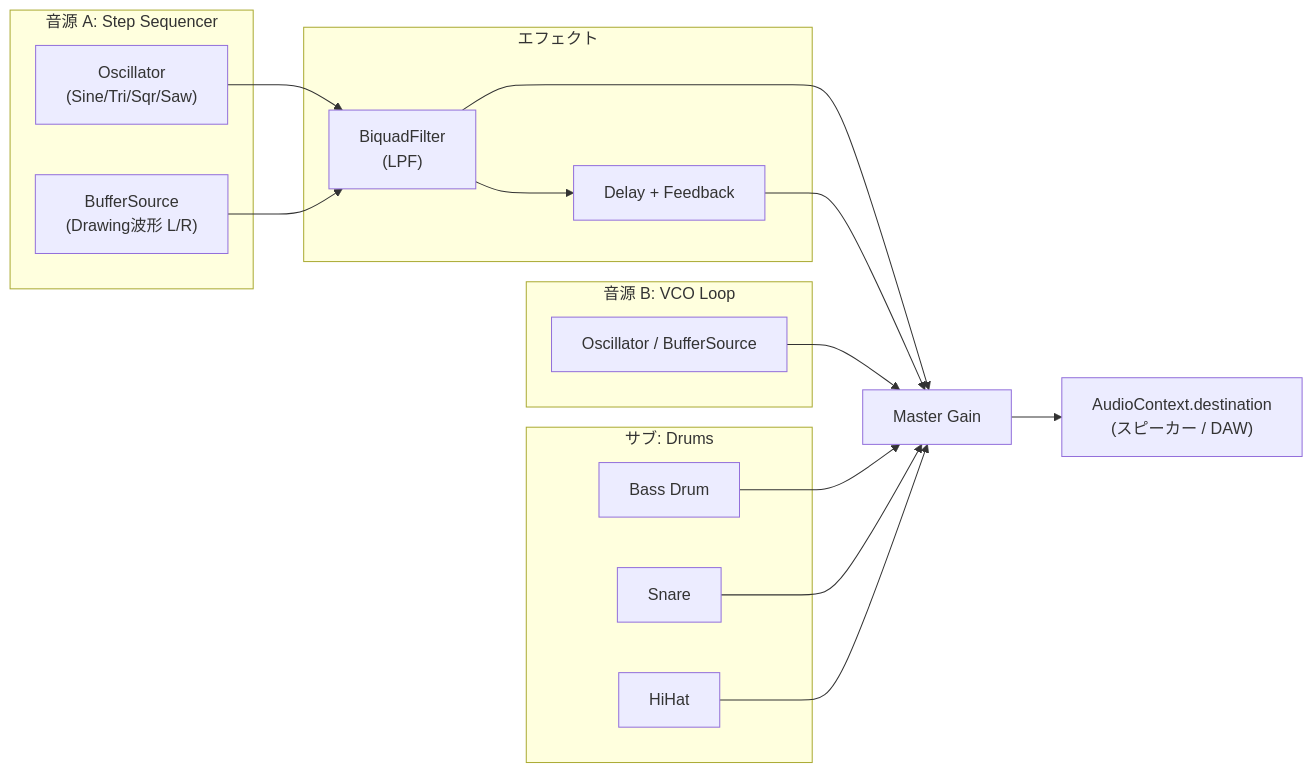
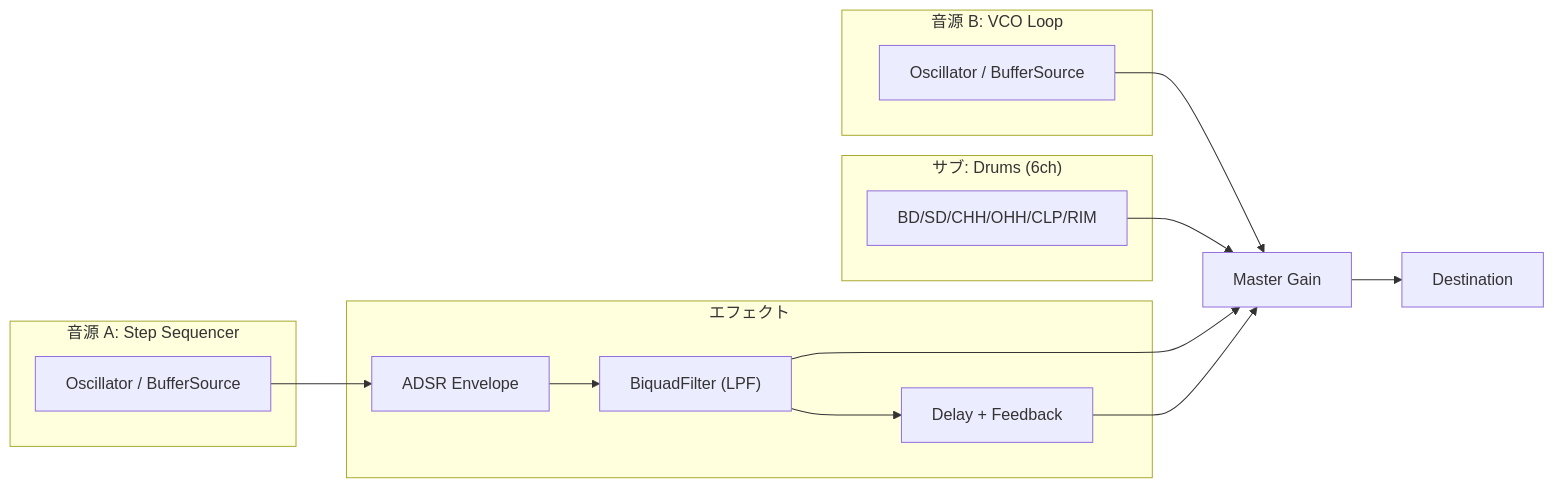
Before and after one commit to na-gasena/DrawingLissajousOscilloscopicSynthesizer-II-DLOSy-II: the second of 2 diagrams in Doc/architecture.md, drawn with Mermaid. The commit also changed other lines of this file and 9 other files, not shown here.

````diff
--- a/Doc/architecture.md
+++ b/Doc/architecture.md
@@ -95,38 +108,31 @@
 ```mermaid
 graph LR
     subgraph "音源 A: Step Sequencer"
-        OSC_A["Oscillator<br/>(Sine/Tri/Sqr/Saw)"]
-        BUF_A["BufferSource<br/>(Drawing波形 L/R)"]
+        OSC_A["Oscillator / BufferSource"]
     end
 
     subgraph "音源 B: VCO Loop"
         OSC_B["Oscillator / BufferSource"]
     end
 
-    subgraph "サブ: Drums"
-        BD["Bass Drum"]
-        SD["Snare"]
-        HH["HiHat"]
+    subgraph "サブ: Drums (6ch)"
+        DRUMS["BD/SD/CHH/OHH/CLP/RIM"]
     end
 
     subgraph "エフェクト"
-        FLT["BiquadFilter<br/>(LPF)"]
+        ADSR_ENV["ADSR Envelope"]
+        FLT["BiquadFilter (LPF)"]
         DLY["Delay + Feedback"]
     end
 
     MASTER["Master Gain"]
-    OUT["AudioContext.destination<br/>(スピーカー / DAW)"]
+    OUT["Destination"]
 
-    OSC_A --> FLT
-    BUF_A --> FLT
+    OSC_A --> ADSR_ENV --> FLT
+    OSC_B --> MASTER
+    DRUMS --> MASTER
+
     FLT --> MASTER
     FLT --> DLY --> MASTER
-
-    OSC_B --> MASTER
-
-    BD --> MASTER
-    SD --> MASTER
-    HH --> MASTER
-
     MASTER --> OUT
 ```
````
